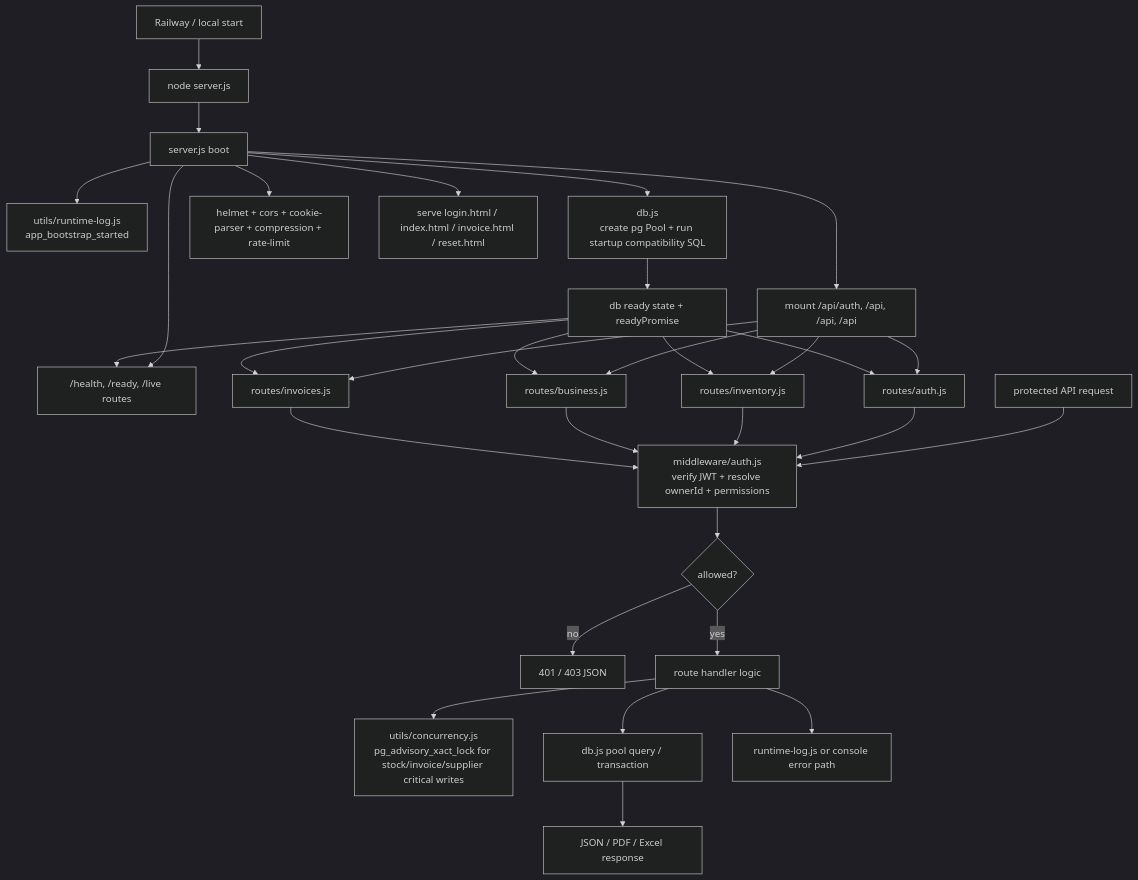
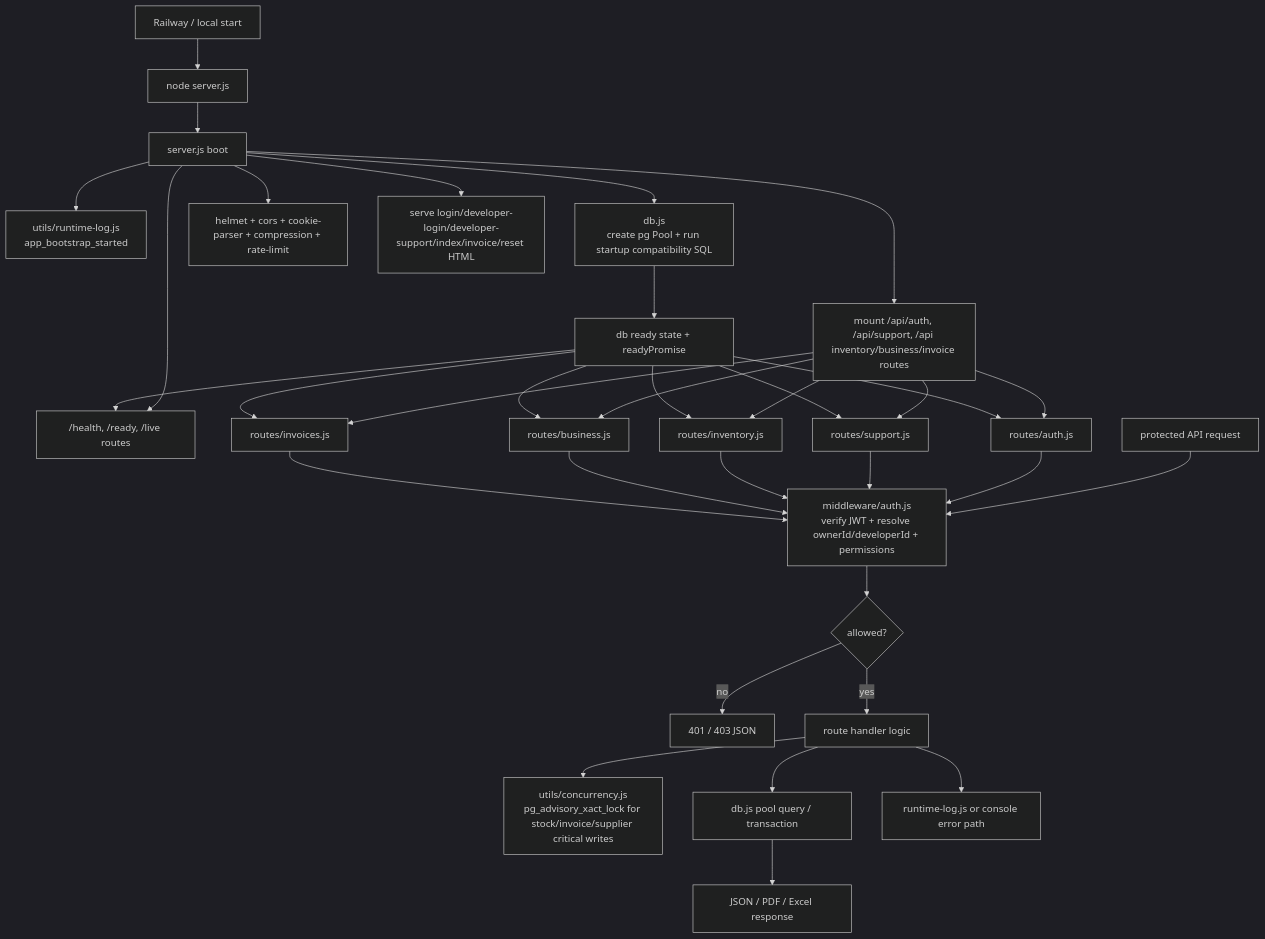
One commit to dasdipayan03/India-Inventory-Management changed the second of 3 diagrams in docs/DETAILED_FILE_FLOW_CHART.md. Above: the diagram before and after it, drawn with Mermaid (dark theme). The commit also changed other lines of this file and 6 other files, not shown here.

````diff
--- a/docs/DETAILED_FILE_FLOW_CHART.md
+++ b/docs/DETAILED_FILE_FLOW_CHART.md
@@ -117,38 +129,41 @@
 ```mermaid
 flowchart TD
   Railway["Railway / local start"] --> StartCmd["node server.js"]
   StartCmd --> ServerBoot["server.js boot"]
   ServerBoot --> LogBoot["utils/runtime-log.js<br/>app_bootstrap_started"]
   ServerBoot --> DBInit["db.js<br/>create pg Pool + run startup compatibility SQL"]
   DBInit --> DBReady["db ready state + readyPromise"]
   ServerBoot --> Middleware["helmet + cors + cookie-parser + compression + rate-limit"]
   ServerBoot --> Health["/health, /ready, /live routes"]
-  ServerBoot --> StaticPages["serve login.html / index.html / invoice.html / reset.html"]
-  ServerBoot --> MountRoutes["mount /api/auth, /api, /api, /api"]
+  ServerBoot --> StaticPages["serve login/developer-login/developer-support/index/invoice/reset HTML"]
+  ServerBoot --> MountRoutes["mount /api/auth, /api/support, /api inventory/business/invoice routes"]
 
   MountRoutes --> AuthAPI["routes/auth.js"]
+  MountRoutes --> SupportAPI["routes/support.js"]
   MountRoutes --> InventoryAPI["routes/inventory.js"]
   MountRoutes --> BusinessAPI["routes/business.js"]
   MountRoutes --> InvoiceAPI["routes/invoices.js"]
 
-  ProtectedRequest["protected API request"] --> AuthMWFlow["middleware/auth.js<br/>verify JWT + resolve ownerId + permissions"]
+  ProtectedRequest["protected API request"] --> AuthMWFlow["middleware/auth.js<br/>verify JWT + resolve ownerId/developerId + permissions"]
   AuthMWFlow --> Allowed{"allowed?"}
   Allowed -- no --> Error401["401 / 403 JSON"]
   Allowed -- yes --> RouteLogic["route handler logic"]
 
   RouteLogic --> Locking["utils/concurrency.js<br/>pg_advisory_xact_lock for stock/invoice/supplier critical writes"]
   RouteLogic --> QueryDB["db.js pool query / transaction"]
   QueryDB --> Response["JSON / PDF / Excel response"]
   RouteLogic --> RuntimeErr["runtime-log.js or console error path"]
 
   AuthAPI --> AuthMWFlow
+  SupportAPI --> AuthMWFlow
   InventoryAPI --> AuthMWFlow
   BusinessAPI --> AuthMWFlow
   InvoiceAPI --> AuthMWFlow
 
   DBReady --> Health
+  DBReady --> AuthAPI
+  DBReady --> SupportAPI
   DBReady --> InventoryAPI
   DBReady --> BusinessAPI
   DBReady --> InvoiceAPI
-  DBReady --> AuthAPI
 ```
````
